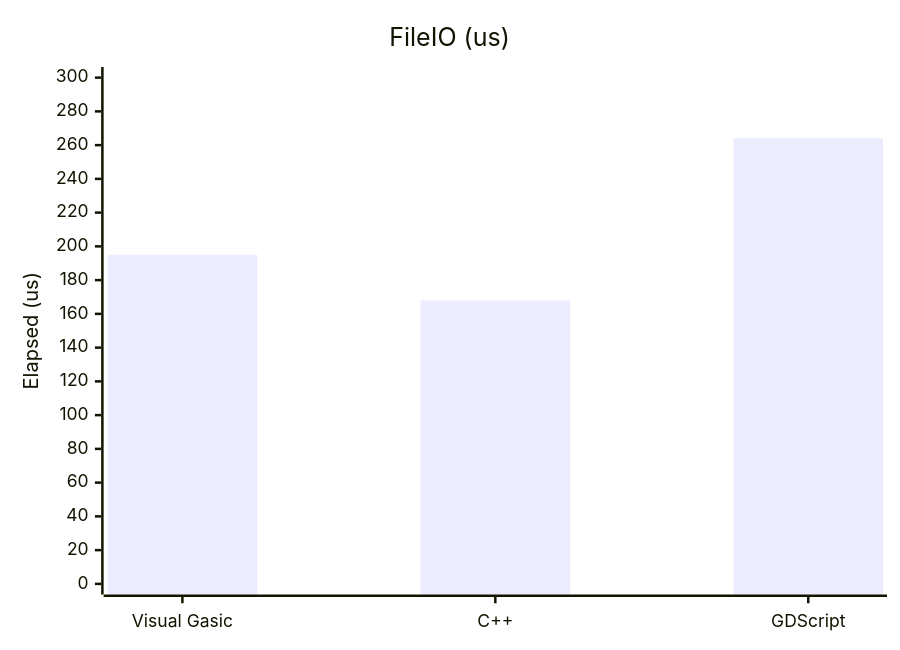
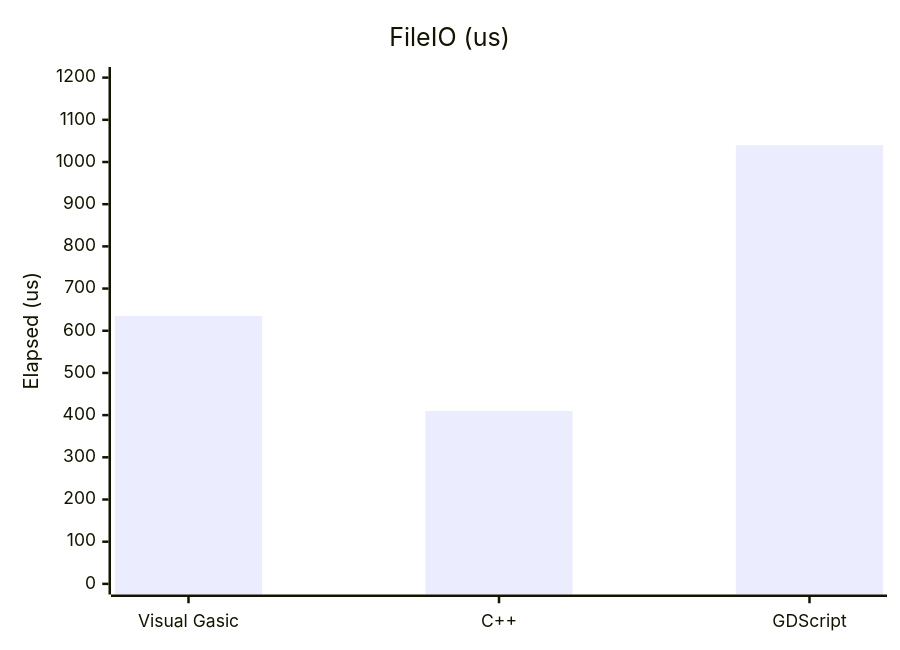
The third of 3 diagrams in docs/ADVANCED_FEATURES_MANUAL.md (xgreenrx-star/VisualGasic), drawn with Mermaid before and after one commit. The commit also changed other lines of this file and 8 other files, not shown here.

````diff
--- a/docs/ADVANCED_FEATURES_MANUAL.md
+++ b/docs/ADVANCED_FEATURES_MANUAL.md
@@ -36,7 +36,7 @@
 ```mermaid
 xychart-beta
     title "FileIO (us)"
     x-axis ["Visual Gasic","C++","GDScript"]
-    y-axis "Elapsed (us)" 0 --> 300
-    bar [195,168,264]
+    y-axis "Elapsed (us)" 0 --> 1200
+    bar [635,410,1040]
 ```
````
